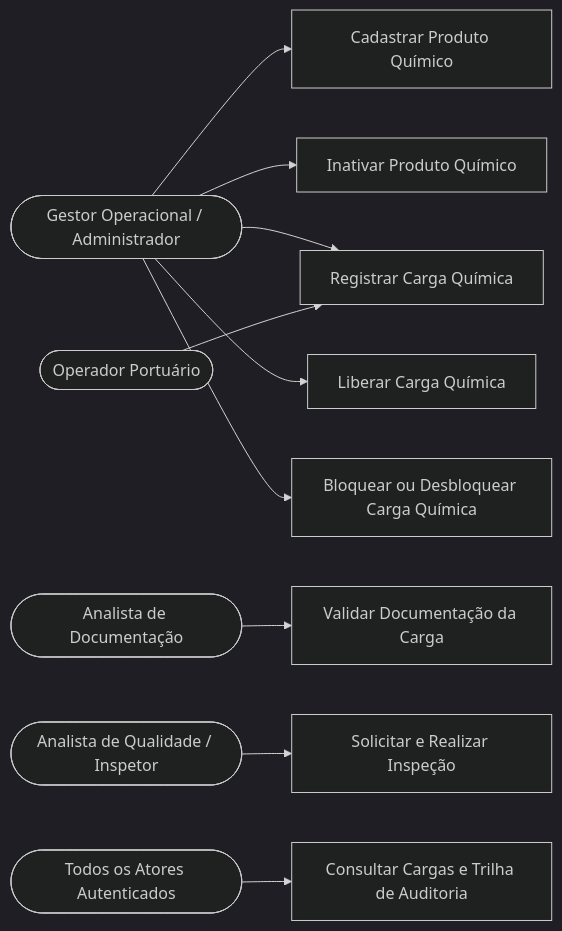
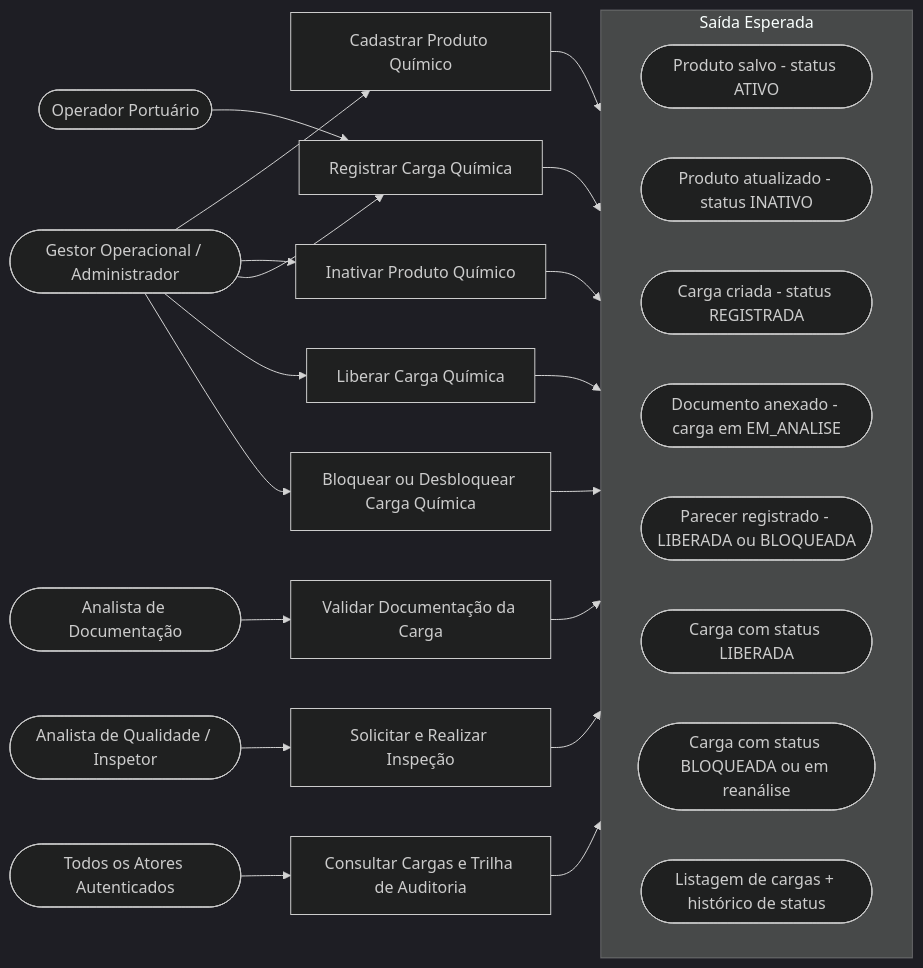
One commit to gabrixlzdev/QuimiPort changed the first of 2 diagrams in docs/3_casos_de_uso.md. Above: the diagram before and after it, drawn with Mermaid (dark theme).

Commit message:
Docs: Alteração no readme de como navegar pela documentação e adição do diagrama geral dos casos de usos listados de uc-001 até uc-008 para facilitar na hora de fazer o vídeo

````diff
--- a/docs/3_casos_de_uso.md
+++ b/docs/3_casos_de_uso.md
@@ -5,22 +5,43 @@
 ```mermaid
 flowchart LR
   Gestor([Gestor Operacional / Administrador])
   Operador([Operador Portuário])
   Analista([Analista de Documentação])
   Qualidade([Analista de Qualidade / Inspetor])
   Todos([Todos os Atores Autenticados])
 
   Gestor --> UC1[Cadastrar Produto Químico]
   Gestor --> UC2[Inativar Produto Químico]
   Gestor --> UC3[Registrar Carga Química]
   Gestor --> UC6[Liberar Carga Química]
   Gestor --> UC7[Bloquear ou Desbloquear Carga Química]
 
   Operador --> UC3
 
   Analista --> UC4[Validar Documentação da Carga]
 
   Qualidade --> UC5[Solicitar e Realizar Inspeção]
 
   Todos --> UC8[Consultar Cargas e Trilha de Auditoria]
+
+  subgraph SaidaEsperada [Saída Esperada]
+    direction LR
+    S1([Produto salvo - status ATIVO])
+    S2([Produto atualizado - status INATIVO])
+    S3([Carga criada - status REGISTRADA])
+    S4([Documento anexado - carga em EM_ANALISE])
+    S5([Parecer registrado - LIBERADA ou BLOQUEADA])
+    S6([Carga com status LIBERADA])
+    S7([Carga com status BLOQUEADA ou em reanálise])
+    S8([Listagem de cargas + histórico de status])
+  end
+
+  UC1 --> S1
+  UC2 --> S2
+  UC3 --> S3
+  UC4 --> S4
+  UC5 --> S5
+  UC6 --> S6
+  UC7 --> S7
+  UC8 --> S8
 ```
````
